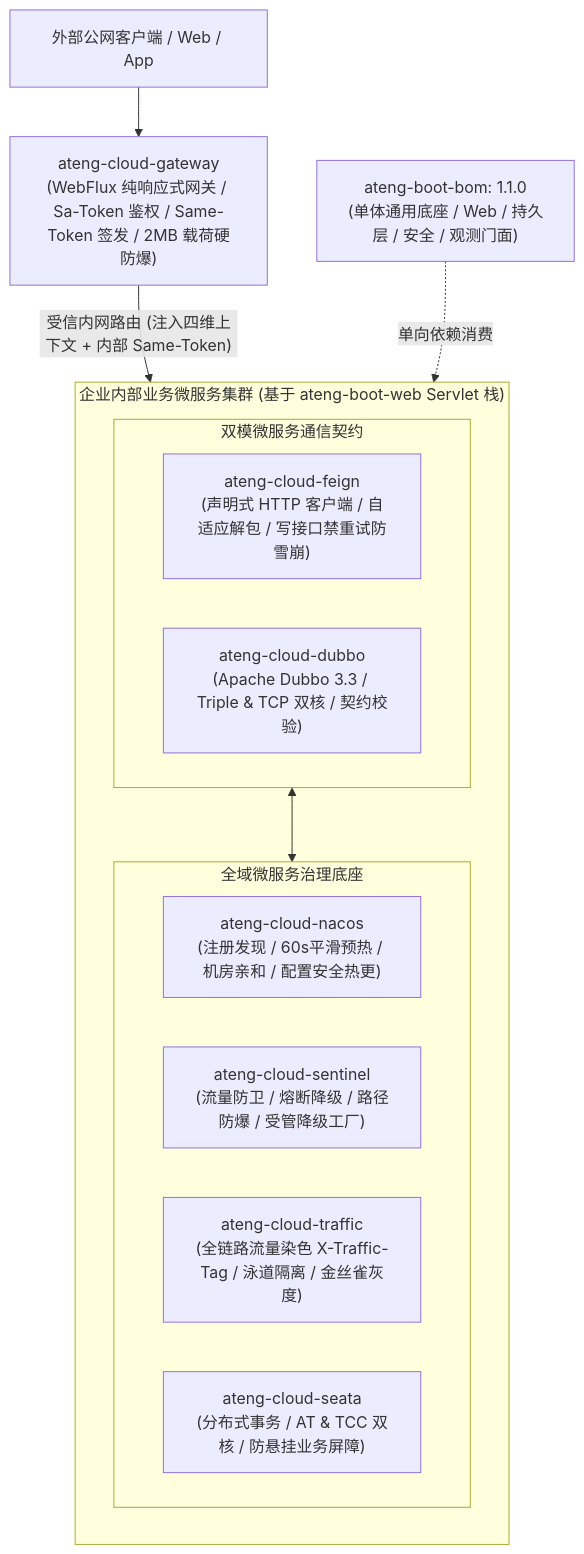
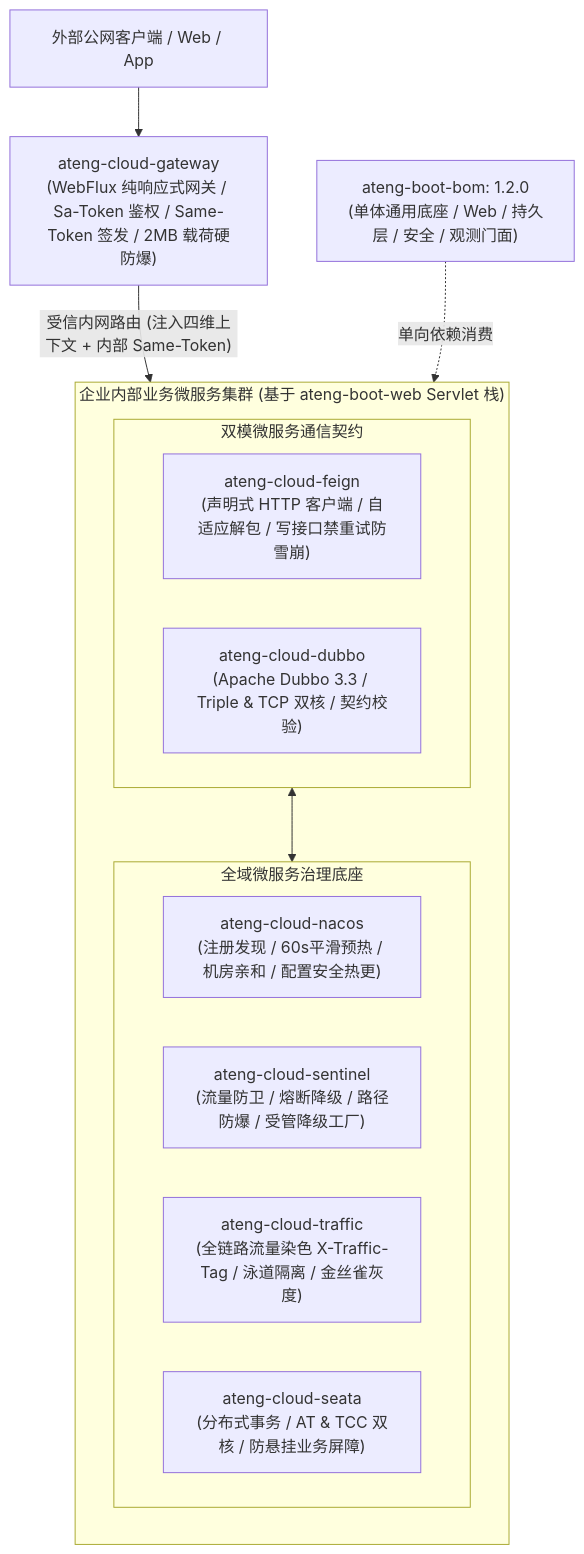
One commit to atengk/ateng-cloud changed the diagram in README.md. Above: the diagram before and after it, drawn with Mermaid. The commit also changed 49 other files, not shown here.

````diff
--- a/README.md
+++ b/README.md
@@ -20,26 +20,26 @@
 ```mermaid
 flowchart TD
     Client["外部公网客户端 / Web / App"] --> Gateway["ateng-cloud-gateway<br>(WebFlux 纯响应式网关 / Sa-Token 鉴权 / Same-Token 签发 / 2MB 载荷硬防爆)"]
 
     Gateway -->|"受信内网路由 (注入四维上下文 + 内部 Same-Token)"| InternalCluster
 
     subgraph InternalCluster ["企业内部业务微服务集群 (基于 ateng-boot-web Servlet 栈)"]
         direction TB
         
         subgraph RPCLink ["双模微服务通信契约"]
             Feign["ateng-cloud-feign<br>(声明式 HTTP 客户端 / 自适应解包 / 写接口禁重试防雪崩)"]
             Dubbo["ateng-cloud-dubbo<br>(Apache Dubbo 3.3 / Triple & TCP 双核 / 契约校验)"]
         end
 
         subgraph Governance ["全域微服务治理底座"]
             Nacos["ateng-cloud-nacos<br>(注册发现 / 60s平滑预热 / 机房亲和 / 配置安全热更)"]
             Sentinel["ateng-cloud-sentinel<br>(流量防卫 / 熔断降级 / 路径防爆 / 受管降级工厂)"]
             Traffic["ateng-cloud-traffic<br>(全链路流量染色 X-Traffic-Tag / 泳道隔离 / 金丝雀灰度)"]
             Seata["ateng-cloud-seata<br>(分布式事务 / AT & TCC 双核 / 防悬挂业务屏障)"]
         end
 
         RPCLink <--> Governance
     end
 
-    UpstreamBoot["ateng-boot-bom: 1.1.0<br>(单体通用底座 / Web / 持久层 / 安全 / 观测门面)"] -.->|"单向依赖消费"| InternalCluster
+    UpstreamBoot["ateng-boot-bom: 1.2.0<br>(单体通用底座 / Web / 持久层 / 安全 / 观测门面)"] -.->|"单向依赖消费"| InternalCluster
 ```
````
